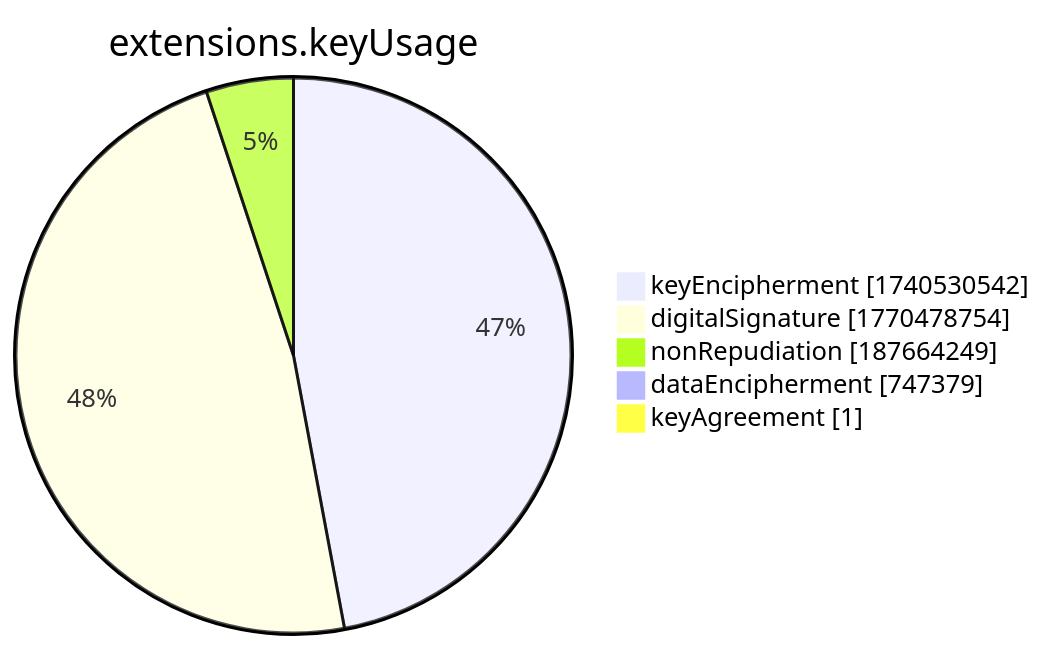
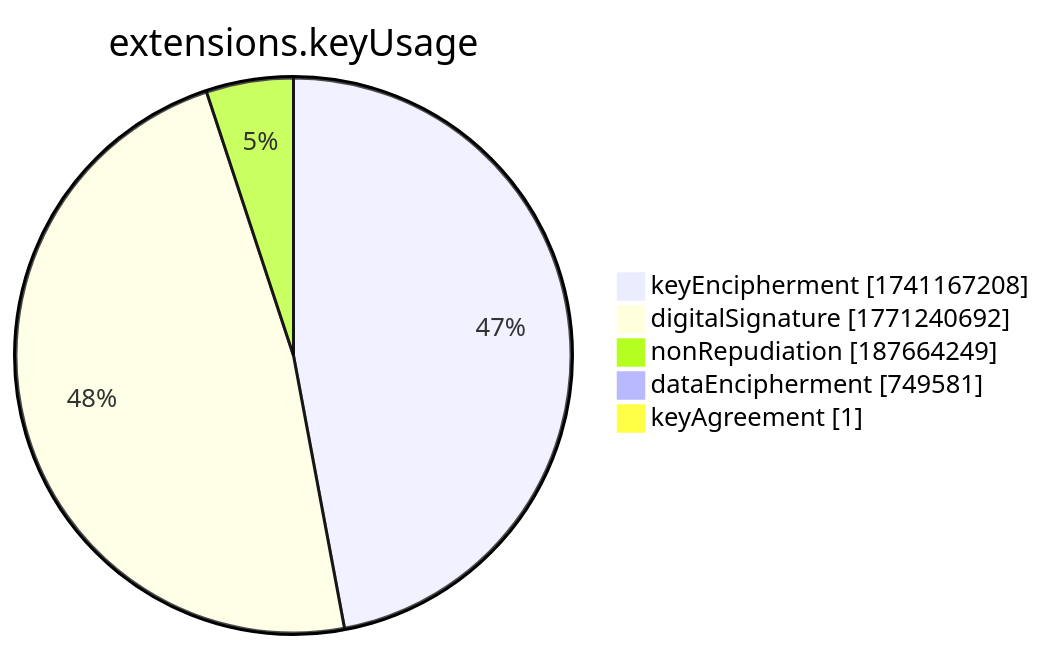
Before and after one commit to christiankrug/ctmonitor_visualization: the seventh of 15 diagrams in xenon2022/README.md, drawn with Mermaid. The commit also changed other lines of this file, not shown here.

````diff
--- a/xenon2022/README.md
+++ b/xenon2022/README.md
@@ -2859,9 +2859,9 @@
 ```mermaid
 pie showData
 title extensions.keyUsage
-"keyEncipherment" :1740530542
-"digitalSignature" :1770478754
+"keyEncipherment" :1741167208
+"digitalSignature" :1771240692
 "nonRepudiation" :187664249
-"dataEncipherment" :747379
+"dataEncipherment" :749581
 "keyAgreement" :1
 ```
````
